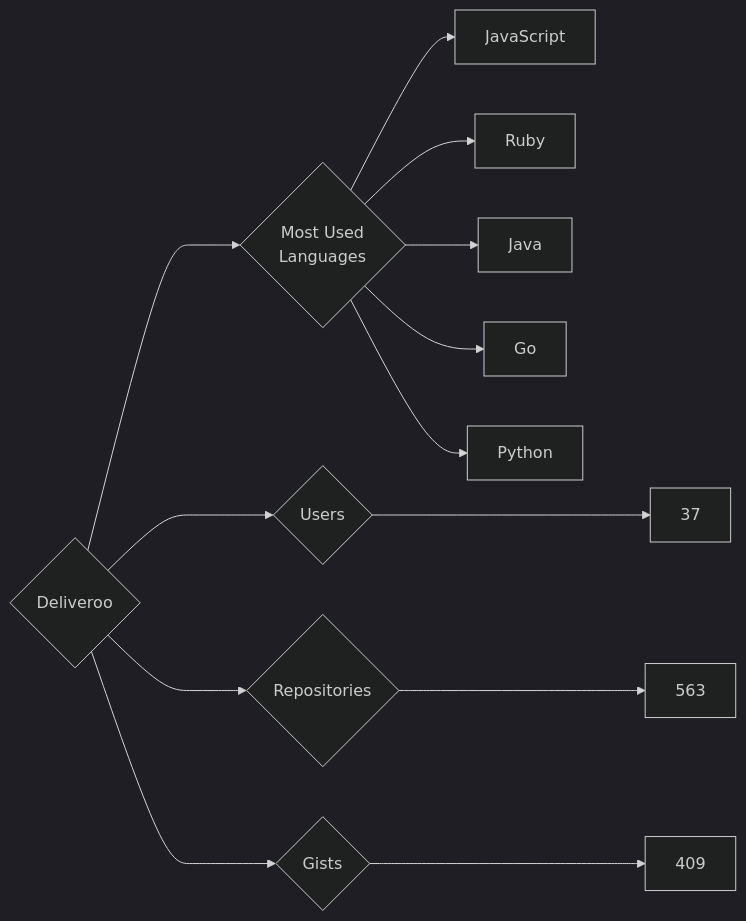
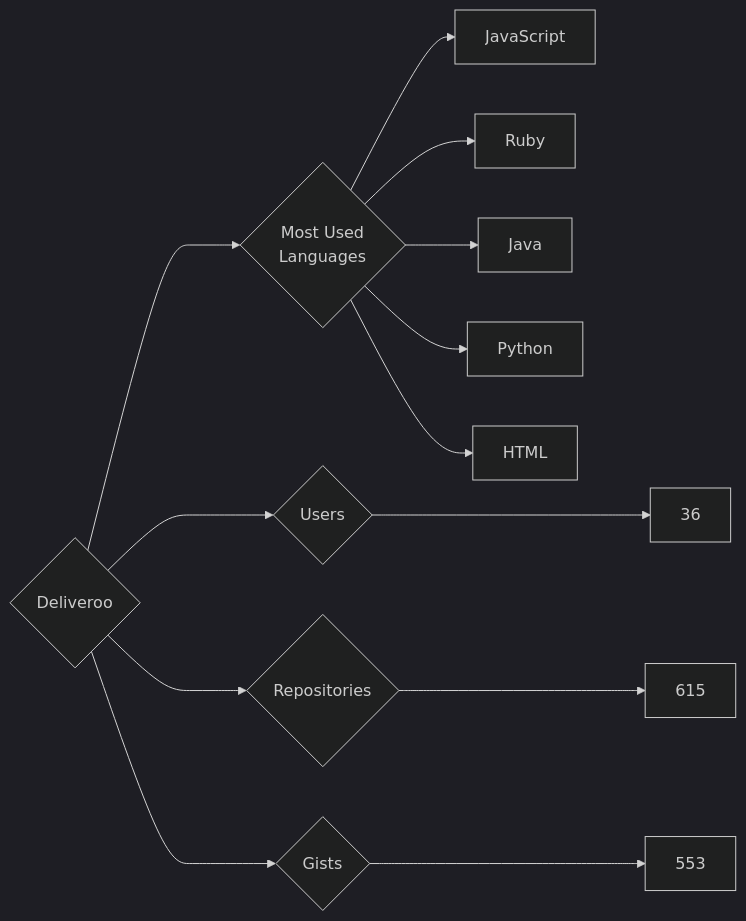
Before and after one commit to trickest/insiders: the diagram in targets/Deliveroo/README.md, drawn with Mermaid (dark theme). The commit also changed 900 other files, not shown here.

````diff
--- a/targets/Deliveroo/README.md
+++ b/targets/Deliveroo/README.md
@@ -3,13 +3,13 @@
 ```mermaid
 graph LR
 COMPANY_NAME{Deliveroo}
-COMPANY_NAME ---> U{Users} ---> UN[37]
-COMPANY_NAME ---> R{Repositories} ---> RN[563]
-COMPANY_NAME ---> G{Gists} ---> GN[409]
+COMPANY_NAME ---> U{Users} ---> UN[36]
+COMPANY_NAME ---> R{Repositories} ---> RN[615]
+COMPANY_NAME ---> G{Gists} ---> GN[553]
 COMPANY_NAME ---> ML{Most Used<br>Languages}
 ML --> JavaScript[JavaScript]
 ML --> Ruby[Ruby]
 ML --> Java[Java]
-ML --> Go[Go]
 ML --> Python[Python]
+ML --> HTML[HTML]
 ```
````
